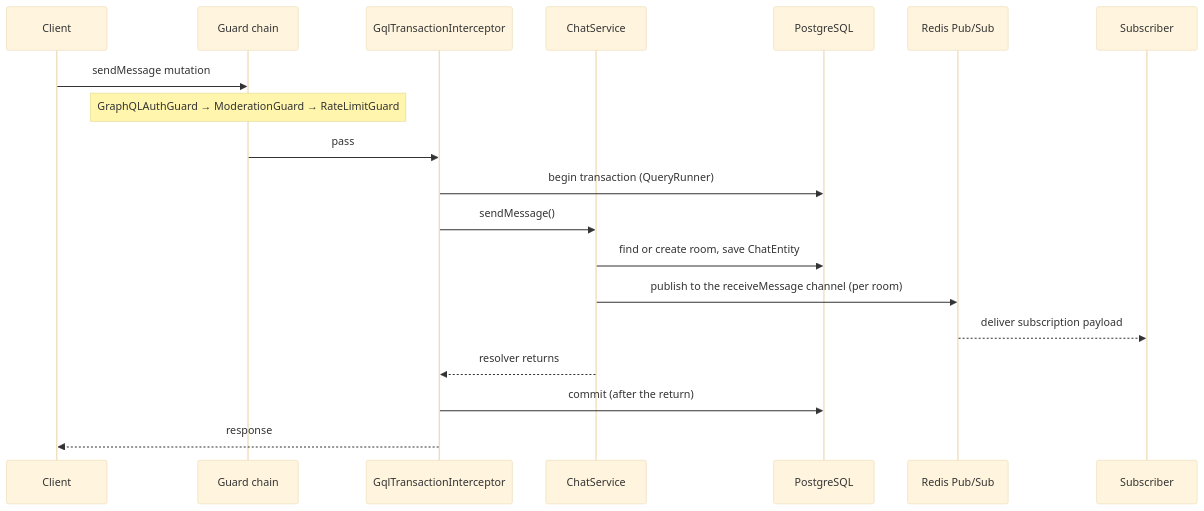
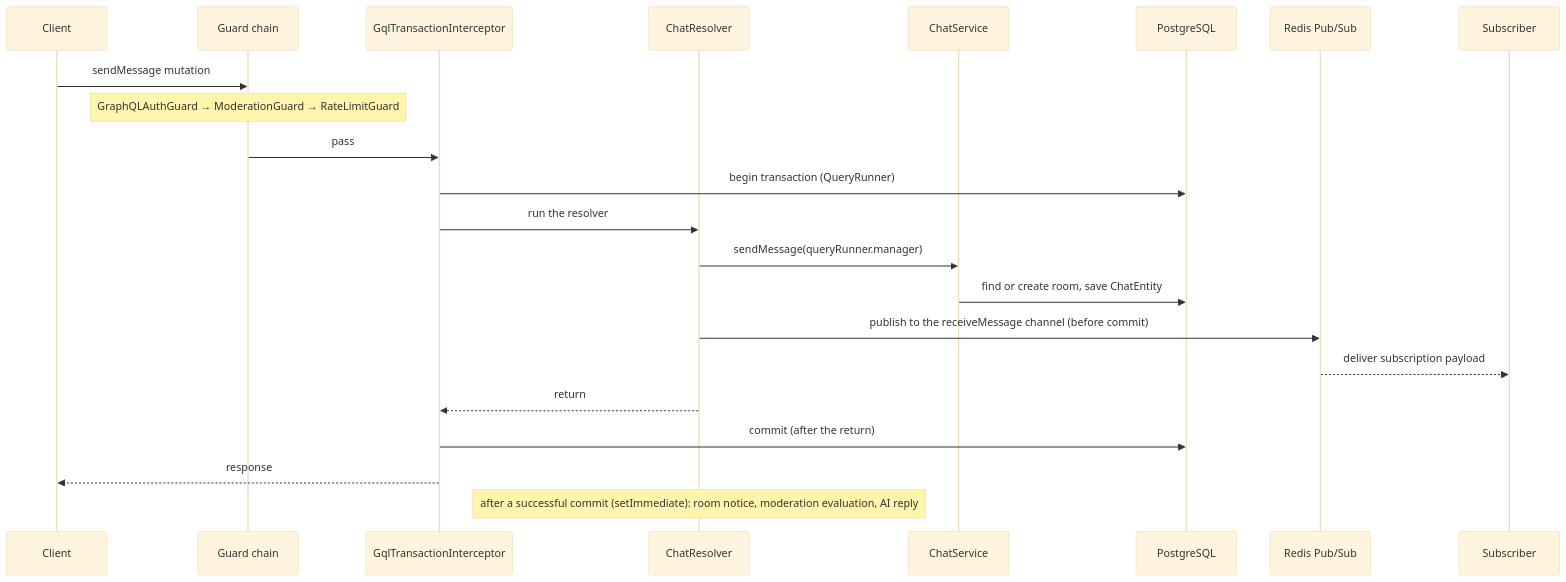
Before and after one commit to Bluecode77732/Chat-project: the second of 2 diagrams in README.md, drawn with Mermaid (base theme). The commit also changed other lines of this file and 3 other files, not shown here.

````diff
--- a/README.md
+++ b/README.md
@@ -249,21 +225,24 @@
 ```mermaid
 sequenceDiagram
     participant C as Client
     participant G as Guard chain
     participant I as GqlTransactionInterceptor
+    participant RS as ChatResolver
     participant S as ChatService
     participant DB as PostgreSQL
     participant R as Redis Pub/Sub
     participant V as Subscriber
     C->>G: sendMessage mutation
     Note over G: GraphQLAuthGuard → ModerationGuard → RateLimitGuard
     G->>I: pass
     I->>DB: begin transaction (QueryRunner)
-    I->>S: sendMessage()
+    I->>RS: run the resolver
+    RS->>S: sendMessage(queryRunner.manager)
     S->>DB: find or create room, save ChatEntity
-    S->>R: publish to the receiveMessage channel (per room)
+    RS->>R: publish to the receiveMessage channel (before commit)
     R-->>V: deliver subscription payload
-    S-->>I: resolver returns
+    RS-->>I: return
     I->>DB: commit (after the return)
     I-->>C: response
+    Note over RS: after a successful commit (setImmediate): room notice, moderation evaluation, AI reply
 ```
````
